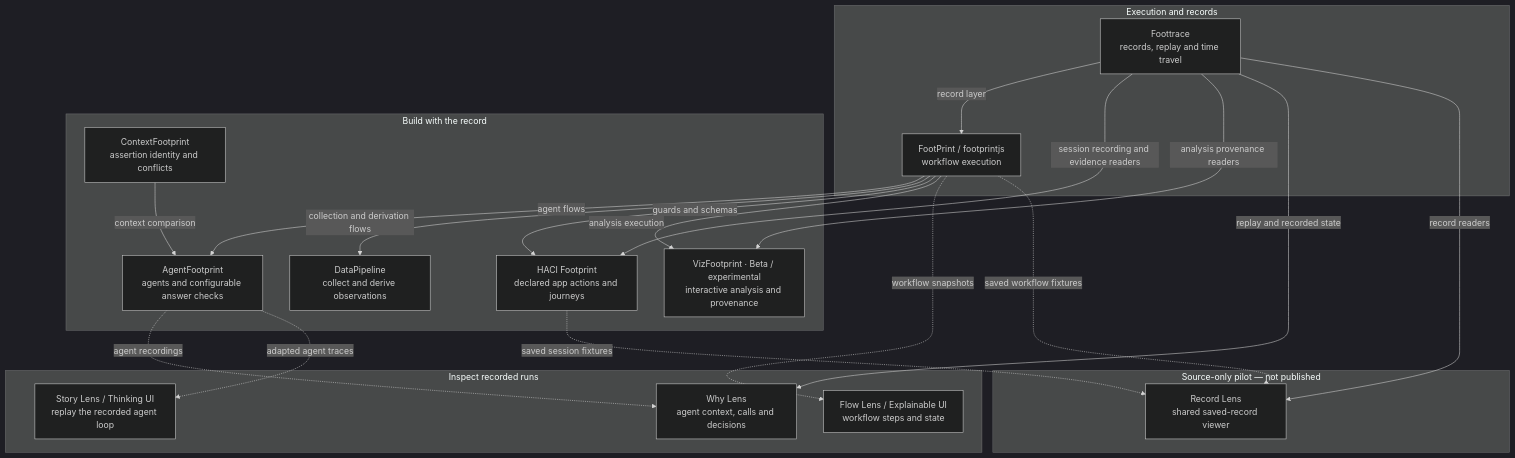
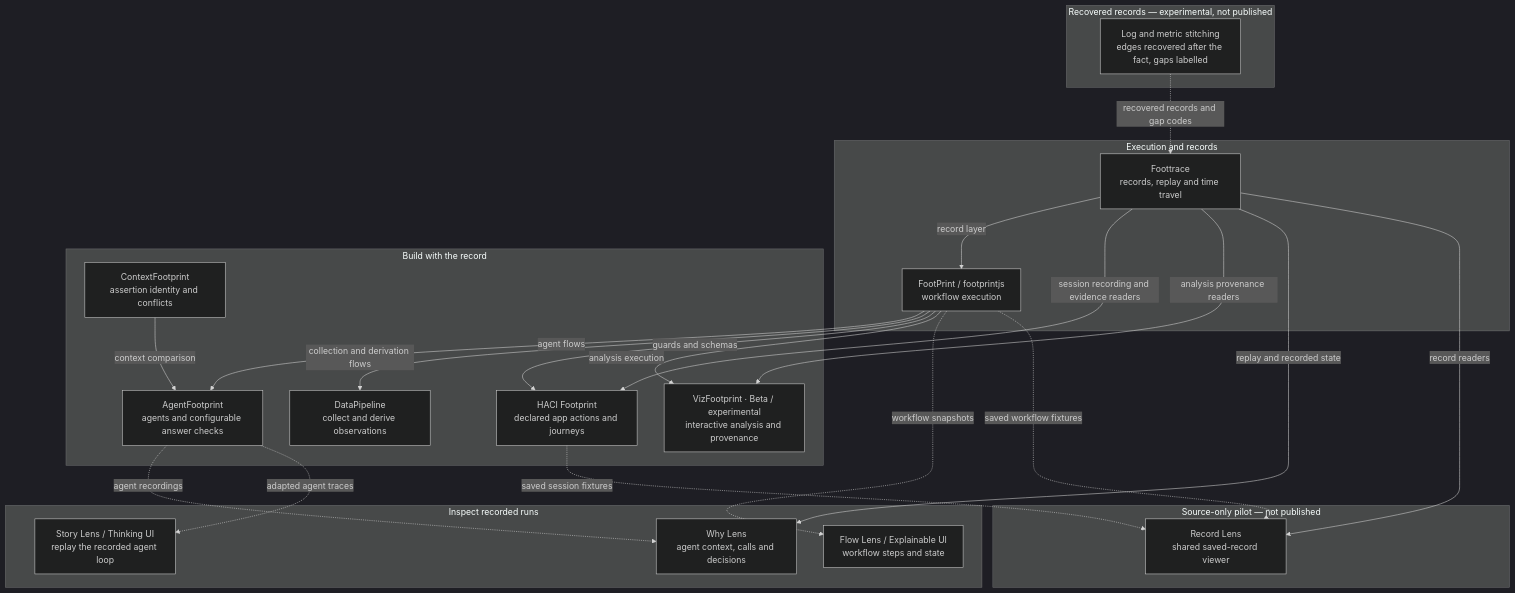
Before and after one commit to footprintjs/.github: the diagram in profile/README.md, drawn with Mermaid (dark theme). The commit also changed other lines of this file, not shown here.

First line of the commit message:
profile: where the edges come from, and recovered records

````diff
--- a/profile/README.md
+++ b/profile/README.md
@@ -31,42 +41,47 @@
 ```mermaid
 flowchart TD
     subgraph foundation["Execution and records"]
         R["Foottrace<br/>records, replay and time travel"]
         F["FootPrint / footprintjs<br/>workflow execution"]
         R -->|record layer| F
     end
 
     subgraph libraries["Build with the record"]
         A["AgentFootprint<br/>agents and configurable answer checks"]
         D["DataPipeline<br/>collect and derive observations"]
         H["HACI Footprint<br/>declared app actions and journeys"]
         V["VizFootprint · Beta / experimental<br/>interactive analysis and provenance"]
         C["ContextFootprint<br/>assertion identity and conflicts"]
         C -->|context comparison| A
     end
 
     F -->|agent flows| A
     F -->|collection and derivation flows| D
     F -->|guards and schemas| H
     F -->|analysis execution| V
     R -->|session recording and evidence readers| H
     R -->|analysis provenance readers| V
 
     subgraph views["Inspect recorded runs"]
         E["Flow Lens / Explainable UI<br/>workflow steps and state"]
         L["Why Lens<br/>agent context, calls and decisions"]
         T["Story Lens / Thinking UI<br/>replay the recorded agent loop"]
     end
 
     F -. workflow snapshots .-> E
     A -. agent recordings .-> L
     A -. adapted agent traces .-> T
     R -->|replay and recorded state| L
 
     subgraph pilot["Source-only pilot — not published"]
         P["Record Lens<br/>shared saved-record viewer"]
     end
     F -. saved workflow fixtures .-> P
     H -. saved session fixtures .-> P
     R -->|record readers| P
+
+    subgraph recovered["Recovered records — experimental, not published"]
+        G["Log and metric stitching<br/>edges recovered after the fact, gaps labelled"]
+    end
+    G -. recovered records and gap codes .-> R
 ```
````
